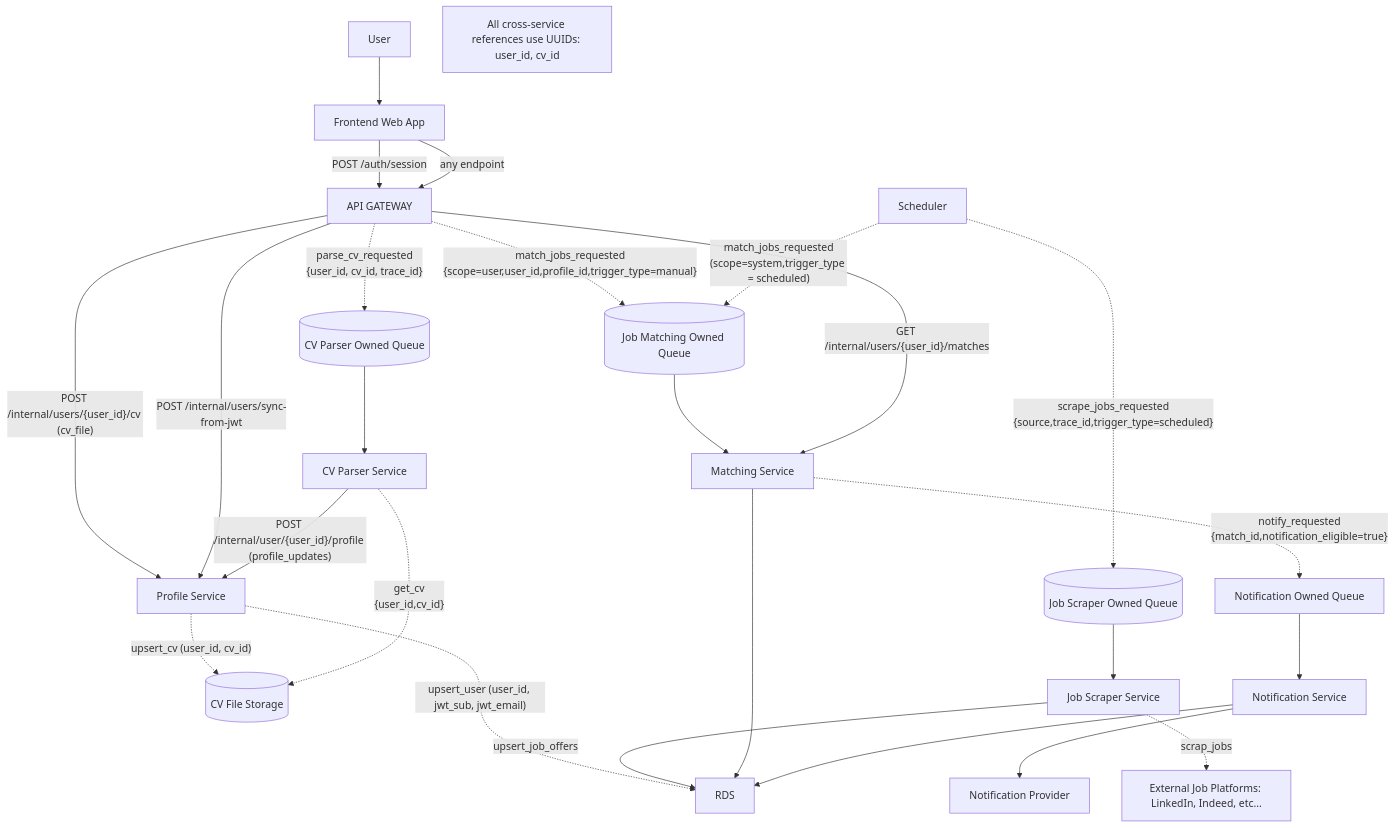
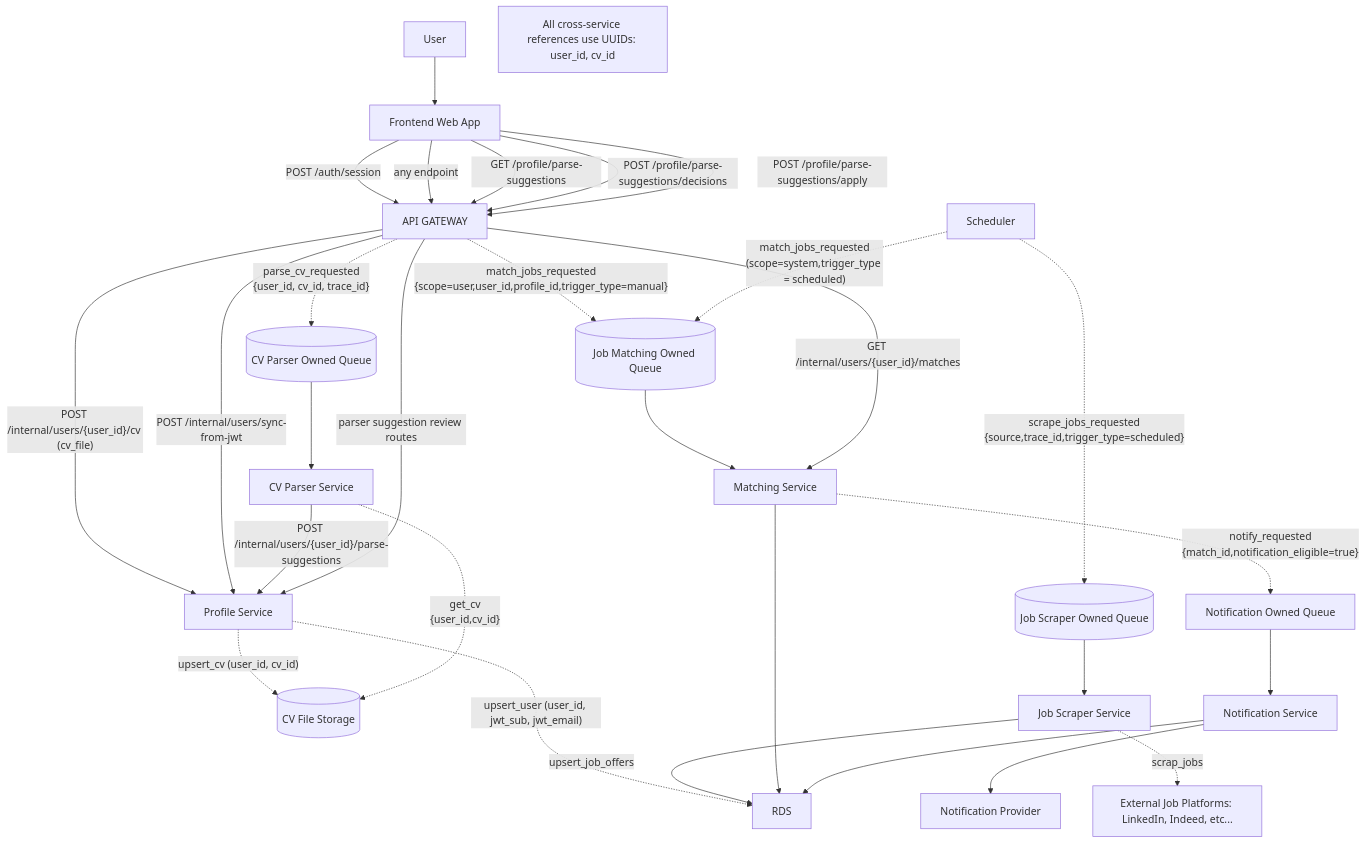
One commit to Kilianrm/cv-match changed the diagram in docs/02-architecture/integration-diagram.md. Above: the diagram before and after it, drawn with Mermaid. The commit also changed 8 other files, not shown here.

Commit message:
docs(roadmap): first documentation approach

````diff
--- a/docs/02-architecture/integration-diagram.md
+++ b/docs/02-architecture/integration-diagram.md
@@ -3,41 +3,45 @@
 ```mermaid
 flowchart TB
   U[User] --> FE[Frontend Web App]
   FE -- POST /auth/session --> API[API GATEWAY]
   FE -- any endpoint --> API[API GATEWAY]
 
   EB[Scheduler]
   NOTE1[All cross-service references use UUIDs: user_id, cv_id]
 
   API -- POST /internal/users/{user_id}/cv (cv_file) --> PROFILE[Profile Service]
   PROFILE -. upsert_cv (user_id, cv_id) .-> S3[(CV File Storage)]
   API -- POST /internal/users/sync-from-jwt --> PROFILE
 
   PROFILE -. upsert_user (user_id, jwt_sub, jwt_email) .-> RDS
 
   API -. parse_cv_requested\n{user_id, cv_id, trace_id} .-> QP[(CV Parser Owned Queue)]
   EB -. scrape_jobs_requested\n{source,trace_id,trigger_type=scheduled} .-> QS[(Job Scraper Owned Queue)]
   API -. match_jobs_requested\n{scope=user,user_id,profile_id,trigger_type=manual} .-> QM[(Job Matching Owned Queue)]
 
   QP --> PARSER[CV Parser Service]
   QS --> SCRAPER[Job Scraper Service]
   QM --> MATCHER[Matching Service]
 
   API -- GET /internal/users/{user_id}/matches --> MATCHER[Matching Service]
 
   PARSER -. get_cv\n{user_id,cv_id}.-> S3
-  PARSER -- POST /internal/user/{user_id}/profile (profile_updates) --> PROFILE
+  PARSER -- POST /internal/users/{user_id}/parse-suggestions --> PROFILE
+  FE -- GET /profile/parse-suggestions --> API
+  FE -- POST /profile/parse-suggestions/decisions --> API
+  FE -- POST /profile/parse-suggestions/apply --> API
+  API -- parser suggestion review routes --> PROFILE
   
   SCRAPER -- upsert_job_offers --> RDS
   EB -. match_jobs_requested\n(scope=system,trigger_type = scheduled) .-> QM
   MATCHER --> RDS
 MATCHER -. notify_requested\n{match_id,notification_eligible=true} .-> NQ[Notification Owned Queue]
 
   SCRAPER -. scrap_jobs.-> JOBS[External Job Platforms: LinkedIn, Indeed, etc...]
 
   %% Notification is sent only when matcher publishes new_matches_available
   NQ --> NOTIFICATION[Notification Service]
   NOTIFICATION --> SES[Notification Provider]
   NOTIFICATION --> RDS
 
 ```
````
